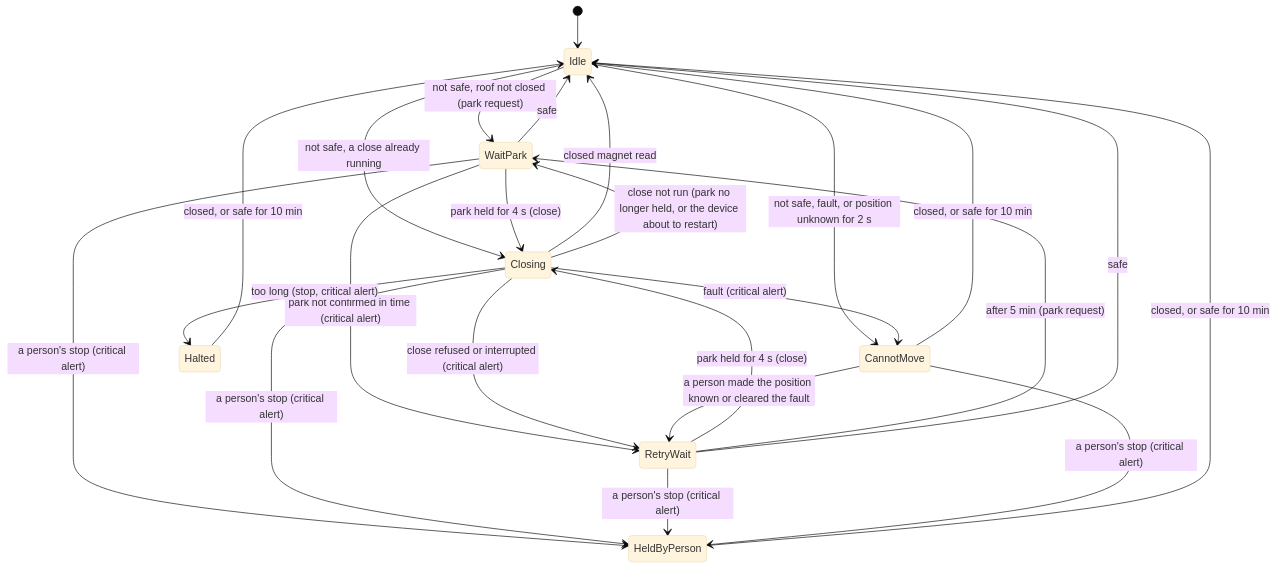
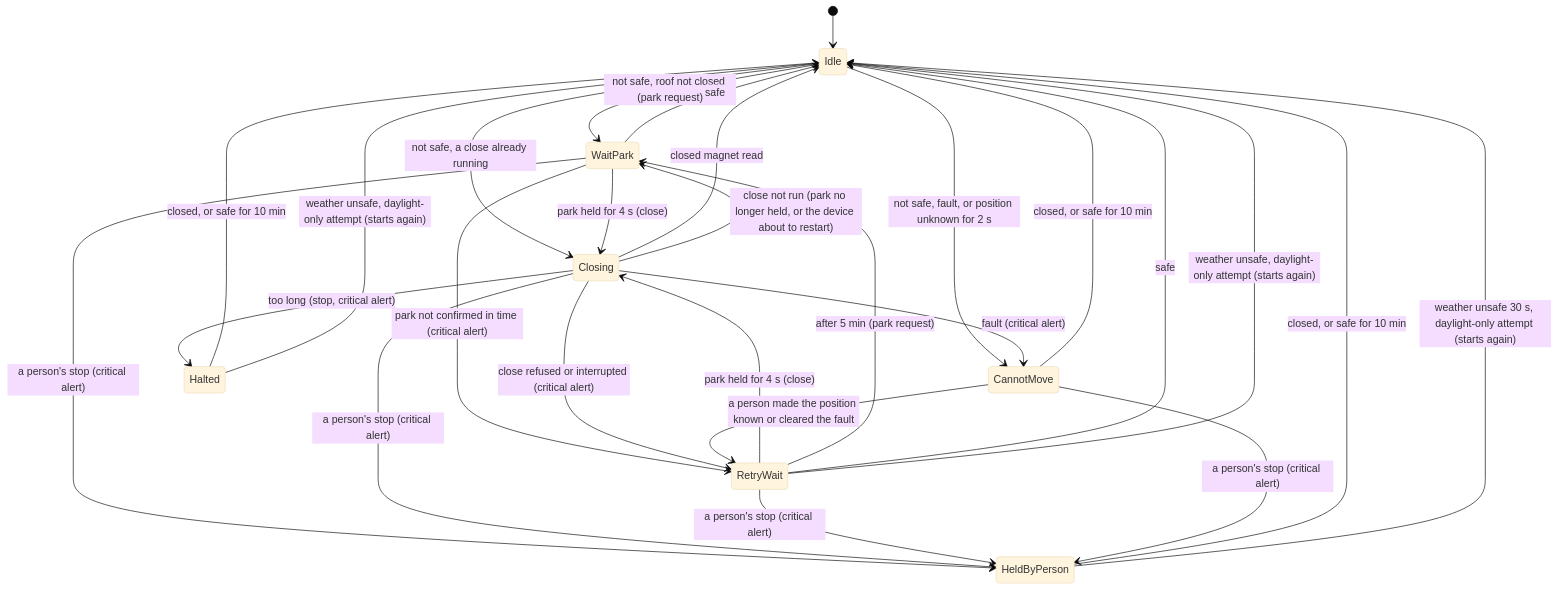
Before and after one commit to DeanJ87/RoofRoof: the diagram in docs/user-guide/close-on-unsafe.md, drawn with Mermaid (base theme). The commit also changed other lines of this file and 16 other files, not shown here.

Commit message:
013: docs: daylight failsafe in the close-on-unsafe guide, configuration, alerts, REST, MQTT, Alpaca, dashboard, demo, troubleshooting, heritage; diagrams re-checked

````diff
--- a/docs/user-guide/close-on-unsafe.md
+++ b/docs/user-guide/close-on-unsafe.md
@@ -33,28 +33,31 @@
 ```mermaid
 stateDiagram-v2
     accTitle: The close on unsafe weather
-    accDescr: From idle, an unsafe verdict with the roof not closed starts an attempt that asks N.I.N.A. to park; a roof already closing is only watched. When the park has held for 4 s the roof is closed. Reaching the closed magnet ends the sequence. A park not confirmed in time, a refused, interrupted or too-long close leads to a five-minute wait, during which a confirmed park still closes the roof, then a new attempt. A fault, or a position unknown for 2 s, stands the sequence down until a person acts. A close that outlasts its guard is stopped and the sequence halts. A person's stop (also while it can't move) stands it down; halted and stood-down sequences end when the roof is closed or it has been safe for 10 minutes. A safe verdict before the close ends the sequence; a close already commanded runs to the end.
+    accDescr: From idle, an unsafe verdict with the roof not closed starts an attempt that asks N.I.N.A. to park; a roof already closing is only watched. When the park has held for 4 s the roof is closed. Reaching the closed magnet ends the sequence. A park not confirmed in time, a refused, interrupted or too-long close leads to a five-minute wait, during which a confirmed park still closes the roof, then a new attempt. A fault, or a position unknown for 2 s, stands the sequence down until a person acts. A close that outlasts its guard is stopped and the sequence halts. A person's stop (also while it can't move) stands it down; halted and stood-down sequences end when the roof is closed or it has been safe for 10 minutes. A safe verdict before the close ends the sequence; a close already commanded runs to the end. With the daylight close on, "not safe" also means the sun is up and "safe" means neither; when the weather turns unsafe after a daylight-only attempt, a halted or waiting sequence starts again at once, a sequence a person stood down after 30 s of unsafe weather.
     [*] --> Idle
     Idle --> WaitPark: not safe, roof not closed (park request)
     Idle --> Closing: not safe, a close already running
     Idle --> CannotMove: not safe, fault, or position unknown for 2 s
     WaitPark --> Closing: park held for 4 s (close)
     WaitPark --> RetryWait: park not confirmed in time (critical alert)
     WaitPark --> Idle: safe
     RetryWait --> Closing: park held for 4 s (close)
     RetryWait --> WaitPark: after 5 min (park request)
     RetryWait --> Idle: safe
     Closing --> Idle: closed magnet read
     Closing --> RetryWait: close refused or interrupted (critical alert)
     Closing --> WaitPark: close not run (park no longer held, or the device about to restart)
     Closing --> Halted: too long (stop, critical alert)
     Closing --> CannotMove: fault (critical alert)
     WaitPark --> HeldByPerson: a person's stop (critical alert)
     Closing --> HeldByPerson: a person's stop (critical alert)
     RetryWait --> HeldByPerson: a person's stop (critical alert)
     CannotMove --> RetryWait: a person made the position known or cleared the fault
     CannotMove --> HeldByPerson: a person's stop (critical alert)
     CannotMove --> Idle: closed, or safe for 10 min
     HeldByPerson --> Idle: closed, or safe for 10 min
     Halted --> Idle: closed, or safe for 10 min
+    HeldByPerson --> Idle: weather unsafe 30 s, daylight-only attempt (starts again)
+    Halted --> Idle: weather unsafe, daylight-only attempt (starts again)
+    RetryWait --> Idle: weather unsafe, daylight-only attempt (starts again)
 ```
````
